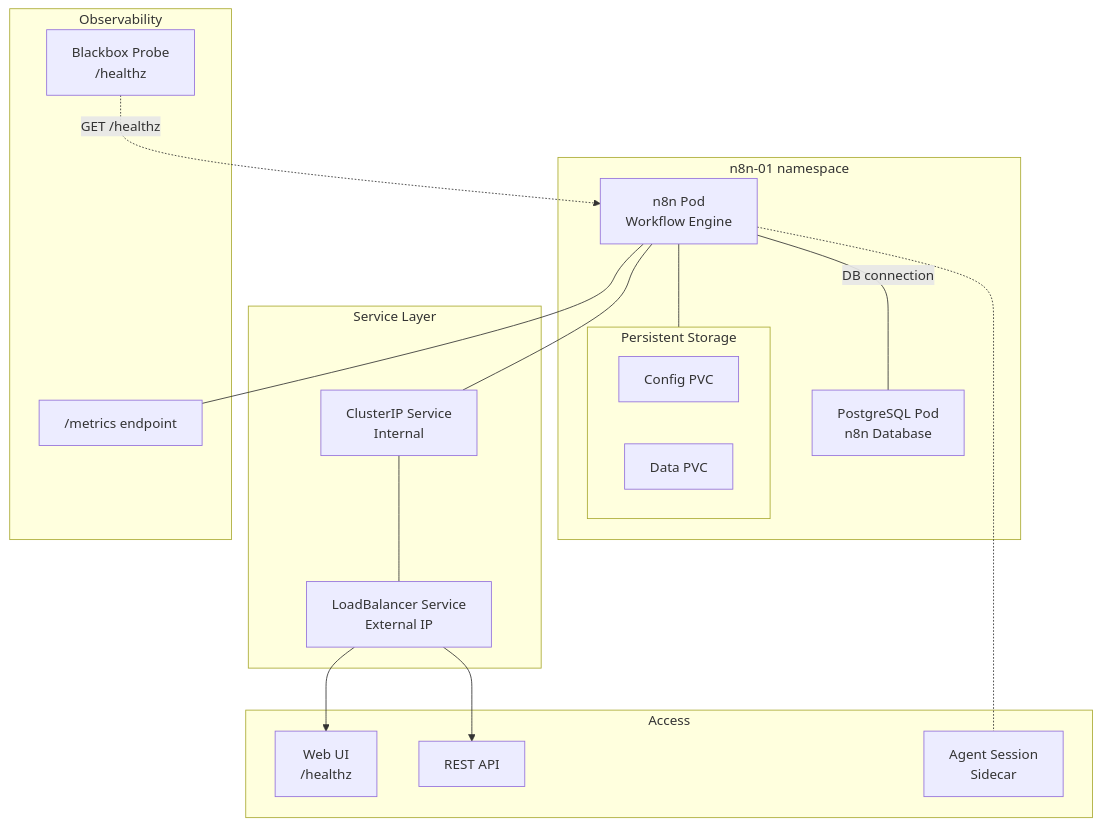
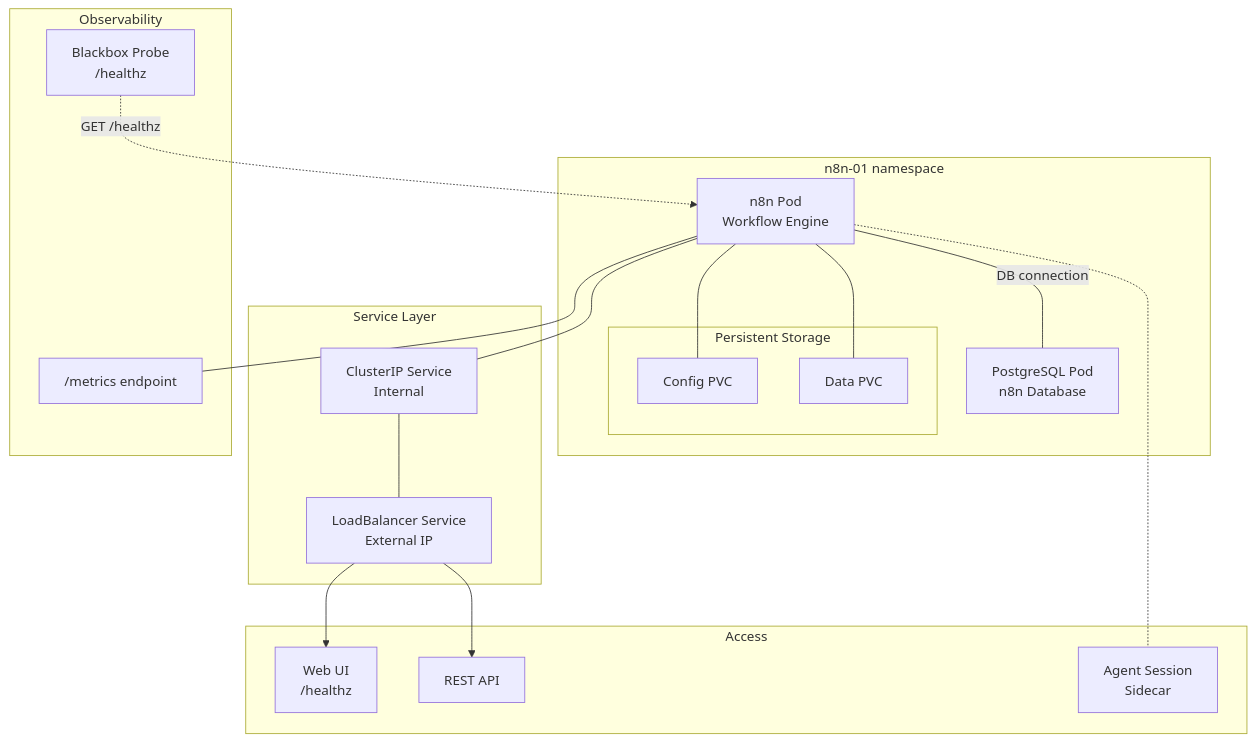
Before and after one commit to derio-net/frank: the diagram in blog/content/docs/operating/13-workflow-automation/index.md, drawn with Mermaid. The commit also changed other lines of this file and 90 other files, not shown here.

````diff
--- a/blog/content/docs/operating/13-workflow-automation/index.md
+++ b/blog/content/docs/operating/13-workflow-automation/index.md
@@ -20,38 +20,39 @@
 ```mermaid
 graph TB
     subgraph ns["n8n-01 namespace"]
         n8n["n8n Pod<br/>Workflow Engine"]
         pg["PostgreSQL Pod<br/>n8n Database"]
         n8n ---|"DB connection"| pg
 
         subgraph mounts["Persistent Storage"]
             config["Config PVC"]
             data["Data PVC"]
         end
-        n8n --- mounts
+        n8n --- config
+        n8n --- data
     end
 
     subgraph svc["Service Layer"]
         lb["LoadBalancer Service<br/>External IP"]
         cluster["ClusterIP Service<br/>Internal"]
     end
 
     subgraph users["Access"]
         ui["Web UI<br/>/healthz"]
         api["REST API"]
         agent["Agent Session<br/>Sidecar"]
     end
 
     n8n --- cluster
     cluster --- lb
     lb --> ui
     lb --> api
     n8n -.- agent
 
     subgraph metrics["Observability"]
         probe["Blackbox Probe<br/>/healthz"]
         met["/metrics endpoint"]
     end
     n8n --- met
     probe -.->|"GET /healthz"| n8n
 ```
````
